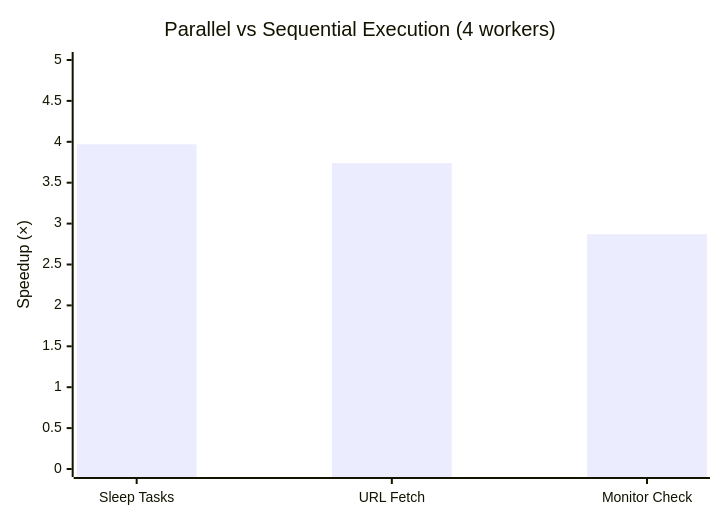
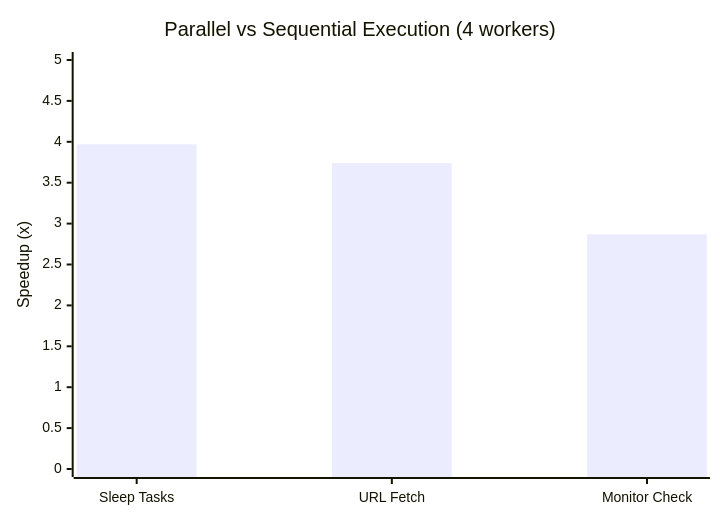
One commit to Agletras/Agletras-mcp changed the fourth of 6 diagrams in README.md. Above: the diagram before and after it, drawn with Mermaid. The commit also changed other lines of this file, not shown here.

````diff
--- a/README.md
+++ b/README.md
@@ -207,7 +207,7 @@
 ```mermaid
 xychart-beta
     title "Parallel vs Sequential Execution (4 workers)"
     x-axis ["Sleep Tasks", "URL Fetch", "Monitor Check"]
-    y-axis "Speedup (×)" 0 --> 5
+    y-axis "Speedup (x)" 0 --> 5
     bar [3.97, 3.74, 2.87]
 ```
````
